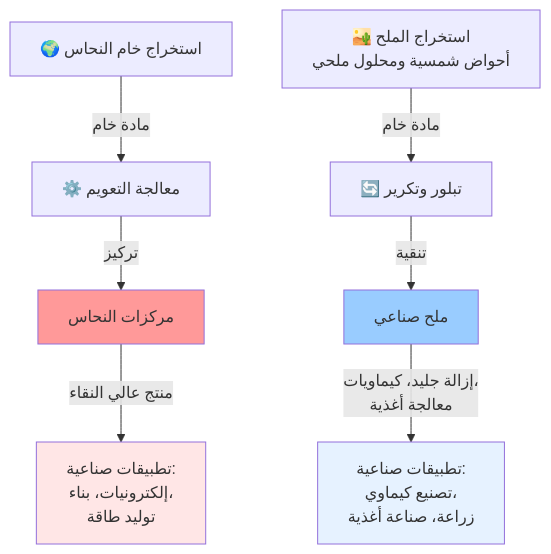
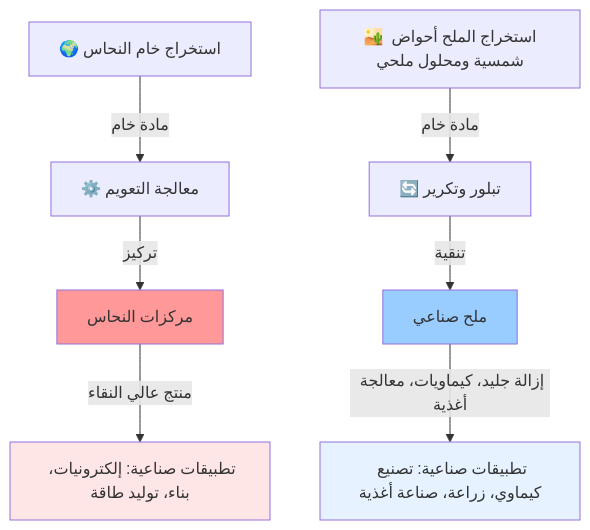
The second of 4 diagrams in content/ar_iq/supply-chain/index.md (tayyebi/gcc), drawn with Mermaid before and after one commit. The commit also changed other lines of this file and 56 other files, not shown here.

````diff
--- a/content/ar_iq/supply-chain/index.md
+++ b/content/ar_iq/supply-chain/index.md
@@ -70,15 +70,15 @@
 ```mermaid
 graph TD
     A["🌍 استخراج خام النحاس"] -->|مادة خام| B["⚙️ معالجة التعويم"]
     B -->|تركيز| C["مركزات النحاس"]
-    C -->|منتج عالي النقاء| D["تطبيقات صناعية:<br/>إلكترونيات، بناء،<br/>توليد طاقة"]
+    C -->|منتج عالي النقاء| D["تطبيقات صناعية: إلكترونيات، بناء، توليد طاقة"]
     
-    E["🏜️ استخراج الملح<br/>أحواض شمسية ومحلول ملحي"] -->|مادة خام| F["🔄 تبلور وتكرير"]
+    E["🏜️ استخراج الملح أحواض شمسية ومحلول ملحي"] -->|مادة خام| F["🔄 تبلور وتكرير"]
     F -->|تنقية| G["ملح صناعي"]
-    G -->|إزالة جليد، كيماويات،<br/>معالجة أغذية| H["تطبيقات صناعية:<br/>تصنيع كيماوي،<br/>زراعة، صناعة أغذية"]
+    G -->|إزالة جليد، كيماويات، معالجة أغذية| H["تطبيقات صناعية: تصنيع كيماوي، زراعة، صناعة أغذية"]
     
     style C fill:#ff9999
     style G fill:#99ccff
     style D fill:#ffe6e6
     style H fill:#e6f2ff
 ```
````
